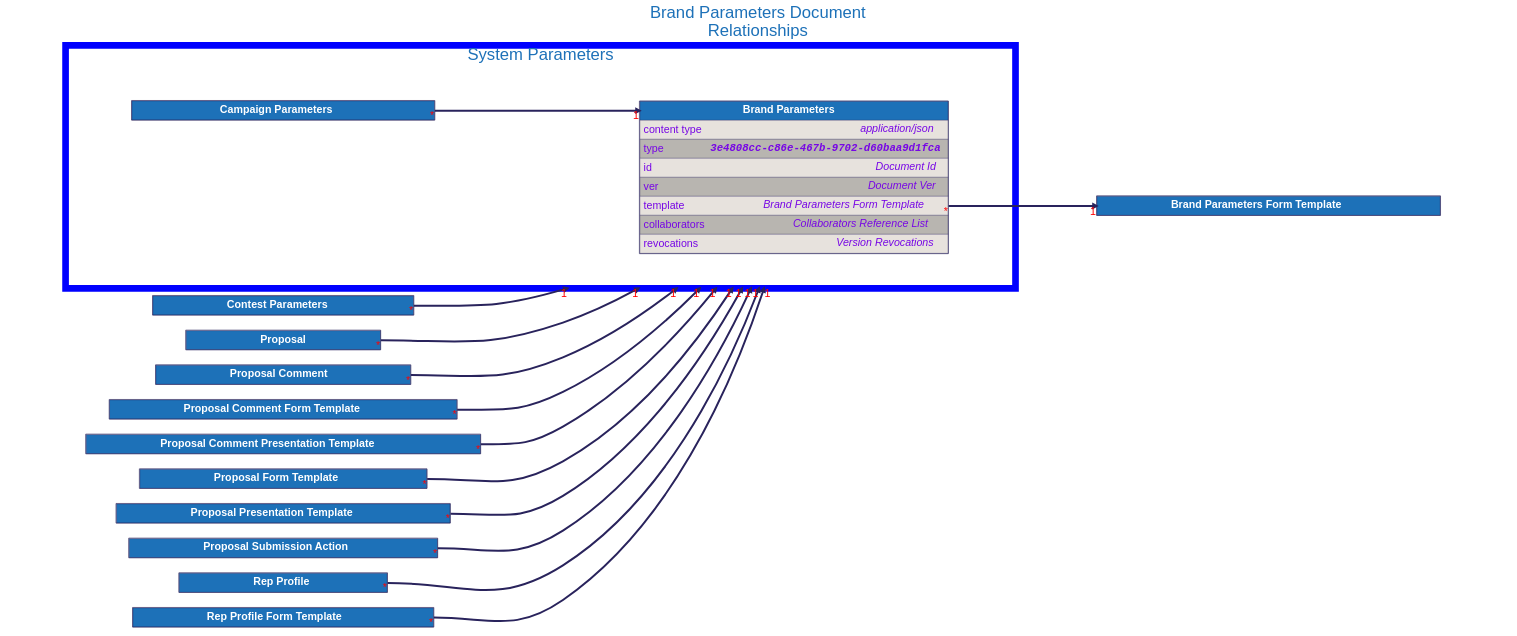
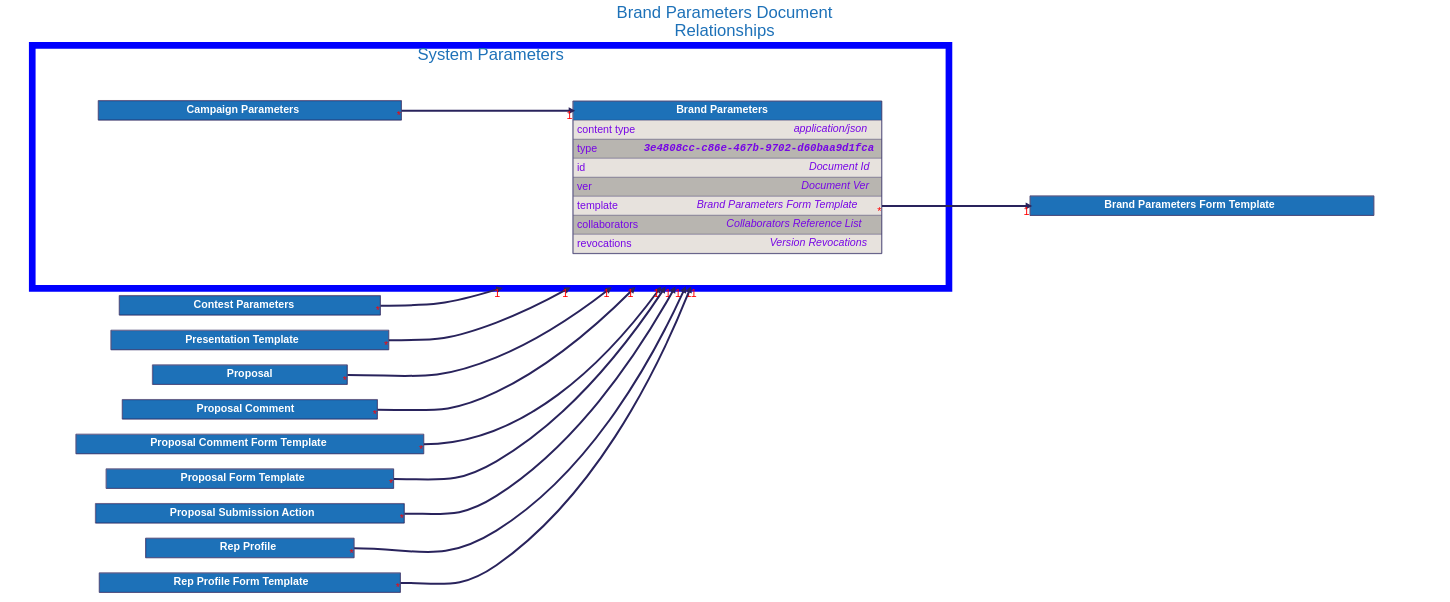
One commit to input-output-hk/catalyst-libs changed the diagram in docs/src/architecture/08_concepts/signed_doc/diagrams/brand_parameters.dot. Above: the diagram before and after it, drawn with Graphviz. The commit also changed 34 other files, not shown here.

```diff
--- a/docs/src/architecture/08_concepts/signed_doc/diagrams/brand_parameters.dot
+++ b/docs/src/architecture/08_concepts/signed_doc/diagrams/brand_parameters.dot
@@ -35,6 +35,21 @@
             <TR>
                 <TD PORT="title" BGCOLOR="#1d71b8" HREF="../contest_parameters/">
                     <FONT COLOR="#ffffff"><B> Contest Parameters </B></FONT>
+                </TD>
+            </TR>
+
+            </TABLE>
+        >
+    ];
+
+
+    "Presentation Template" [
+        id="Presentation Template";
+        label=<
+            <TABLE BORDER="2" COLOR="#29235c" CELLBORDER="1" CELLSPACING="0" CELLPADDING="10">
+            <TR>
+                <TD PORT="title" BGCOLOR="#1d71b8" HREF="../presentation_template/">
+                    <FONT COLOR="#ffffff"><B> Presentation Template </B></FONT>
                 </TD>
             </TR>
 
@@ -88,21 +103,6 @@
     ];
 
 
-    "Proposal Comment Presentation Template" [
-        id="Proposal Comment Presentation Template";
-        label=<
-            <TABLE BORDER="2" COLOR="#29235c" CELLBORDER="1" CELLSPACING="0" CELLPADDING="10">
-            <TR>
-                <TD PORT="title" BGCOLOR="#1d71b8" HREF="../proposal_comment_presentation_template/">
-                    <FONT COLOR="#ffffff"><B> Proposal Comment Presentation Template </B></FONT>
-                </TD>
-            </TR>
-
-            </TABLE>
-        >
-    ];
-
-
     "Proposal Form Template" [
         id="Proposal Form Template";
         label=<
@@ -110,21 +110,6 @@
             <TR>
                 <TD PORT="title" BGCOLOR="#1d71b8" HREF="../proposal_form_template/">
                     <FONT COLOR="#ffffff"><B> Proposal Form Template </B></FONT>
-                </TD>
-            </TR>
-
-            </TABLE>
-        >
-    ];
-
-
-    "Proposal Presentation Template" [
-        id="Proposal Presentation Template";
-        label=<
-            <TABLE BORDER="2" COLOR="#29235c" CELLBORDER="1" CELLSPACING="0" CELLPADDING="10">
-            <TR>
-                <TD PORT="title" BGCOLOR="#1d71b8" HREF="../proposal_presentation_template/">
-                    <FONT COLOR="#ffffff"><B> Proposal Presentation Template </B></FONT>
                 </TD>
             </TR>
 
@@ -287,12 +272,11 @@
     "Brand Parameters":"template":e -> "Brand Parameters Form Template":"title":w [dir=forward, penwidth=6, color="#29235c", headlabel="1", taillabel="*"]
     "Campaign Parameters":"title":e -> "Brand Parameters":"title":w [dir=forward, penwidth=6, color="#29235c", headlabel="1", taillabel="*"]
     "Contest Parameters":"title":e -> "Brand Parameters" [dir=forward, penwidth=6, color="#29235c", headlabel="1", taillabel="*", lhead="cluster_system_parameters"]
+    "Presentation Template":"title":e -> "Brand Parameters" [dir=forward, penwidth=6, color="#29235c", headlabel="1", taillabel="*", lhead="cluster_system_parameters"]
     "Proposal":"title":e -> "Brand Parameters" [dir=forward, penwidth=6, color="#29235c", headlabel="1", taillabel="*", lhead="cluster_system_parameters"]
     "Proposal Comment":"title":e -> "Brand Parameters" [dir=forward, penwidth=6, color="#29235c", headlabel="1", taillabel="*", lhead="cluster_system_parameters"]
     "Proposal Comment Form Template":"title":e -> "Brand Parameters" [dir=forward, penwidth=6, color="#29235c", headlabel="1", taillabel="*", lhead="cluster_system_parameters"]
-    "Proposal Comment Presentation Template":"title":e -> "Brand Parameters" [dir=forward, penwidth=6, color="#29235c", headlabel="1", taillabel="*", lhead="cluster_system_parameters"]
     "Proposal Form Template":"title":e -> "Brand Parameters" [dir=forward, penwidth=6, color="#29235c", headlabel="1", taillabel="*", lhead="cluster_system_parameters"]
-    "Proposal Presentation Template":"title":e -> "Brand Parameters" [dir=forward, penwidth=6, color="#29235c", headlabel="1", taillabel="*", lhead="cluster_system_parameters"]
     "Proposal Submission Action":"title":e -> "Brand Parameters" [dir=forward, penwidth=6, color="#29235c", headlabel="1", taillabel="*", lhead="cluster_system_parameters"]
     "Rep Profile":"title":e -> "Brand Parameters" [dir=forward, penwidth=6, color="#29235c", headlabel="1", taillabel="*", lhead="cluster_system_parameters"]
     "Rep Profile Form Template":"title":e -> "Brand Parameters" [dir=forward, penwidth=6, color="#29235c", headlabel="1", taillabel="*", lhead="cluster_system_parameters"]
```
